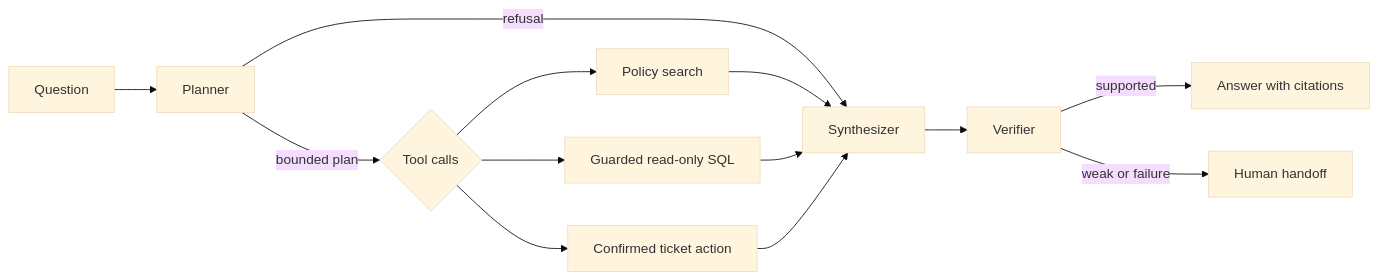
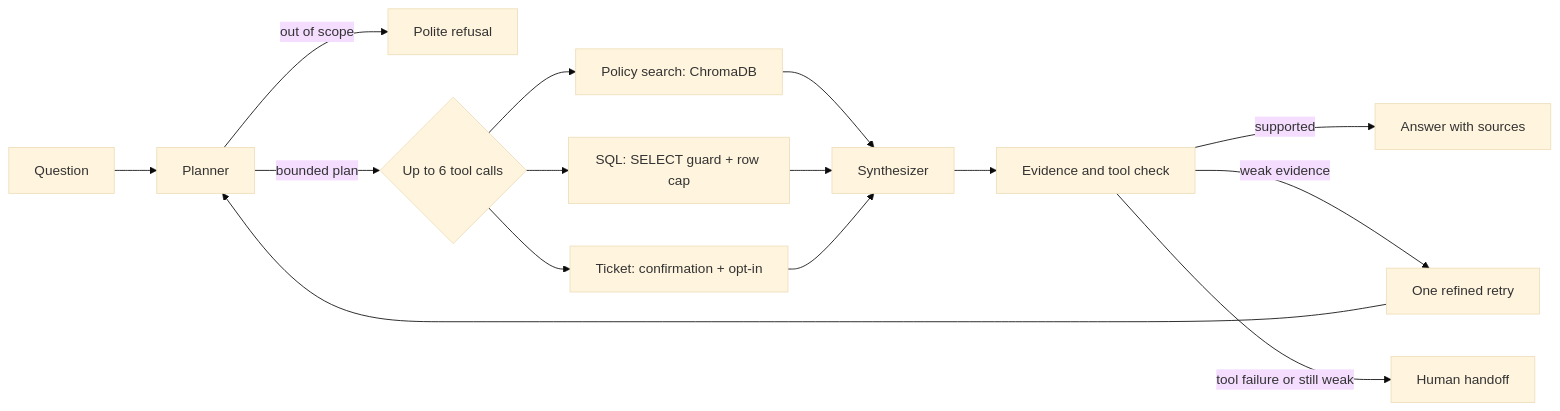
Before and after one commit to Nirrmitt/ops-copilot: the diagram in README.md, drawn with Mermaid (base theme). The commit also changed other lines of this file, not shown here.

````diff
--- a/README.md
+++ b/README.md
@@ -11,15 +26,17 @@
 ```mermaid
 flowchart LR
   Q[Question] --> P[Planner]
-  P -->|refusal| S[Synthesizer]
-  P -->|bounded plan| T{Tool calls}
-  T --> R[Policy search]
-  T --> D[Guarded read-only SQL]
-  T --> A[Confirmed ticket action]
-  R --> S
-  D --> S
-  A --> S
-  S --> V[Verifier]
-  V -->|supported| O[Answer with citations]
-  V -->|weak or failure| H[Human handoff]
+  P -->|out of scope| R[Polite refusal]
+  P -->|bounded plan| T{Up to 6 tool calls}
+  T --> D[Policy search: ChromaDB]
+  T --> S[SQL: SELECT guard + row cap]
+  T --> A[Ticket: confirmation + opt-in]
+  D --> Y[Synthesizer]
+  S --> Y
+  A --> Y
+  Y --> V[Evidence and tool check]
+  V -->|supported| O[Answer with sources]
+  V -->|weak evidence| X[One refined retry]
+  V -->|tool failure or still weak| H[Human handoff]
+  X --> P
 ```
````
